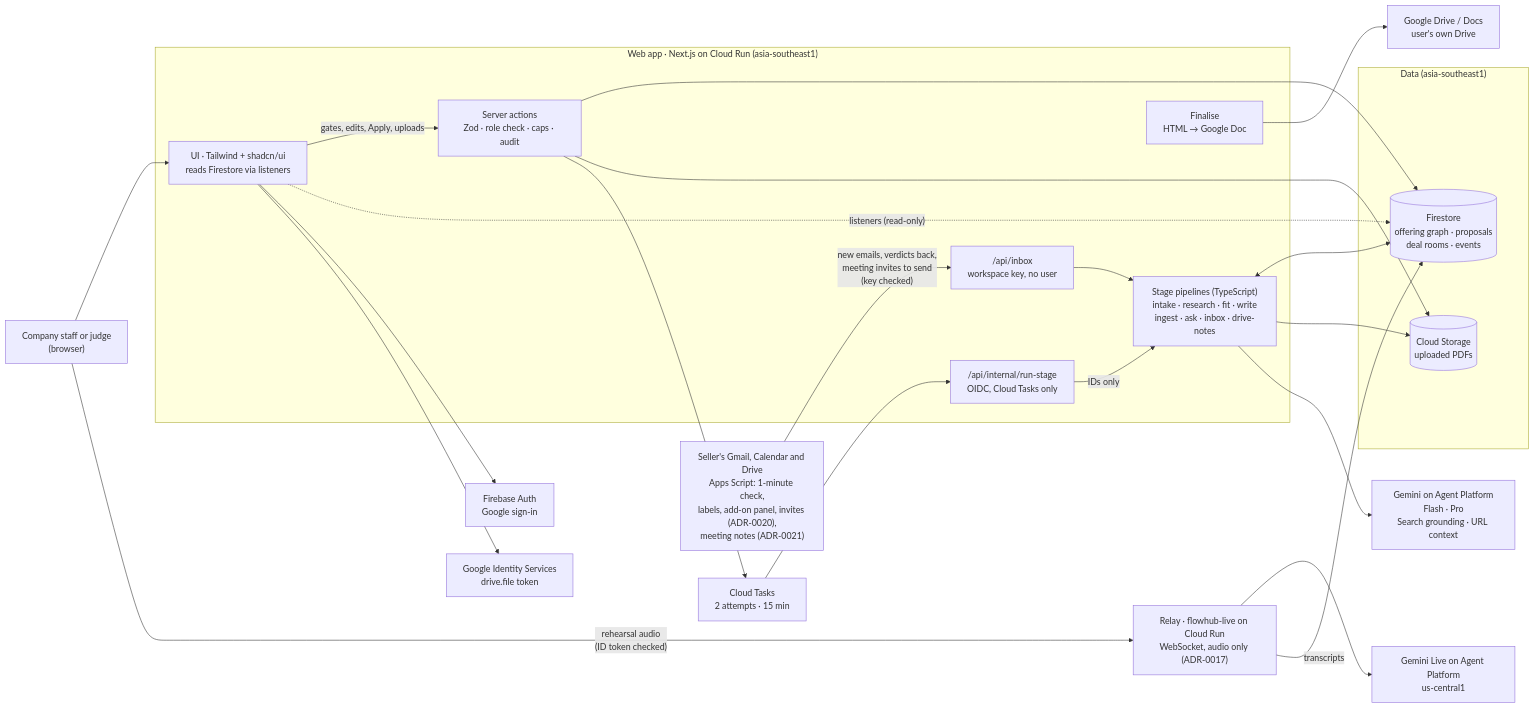
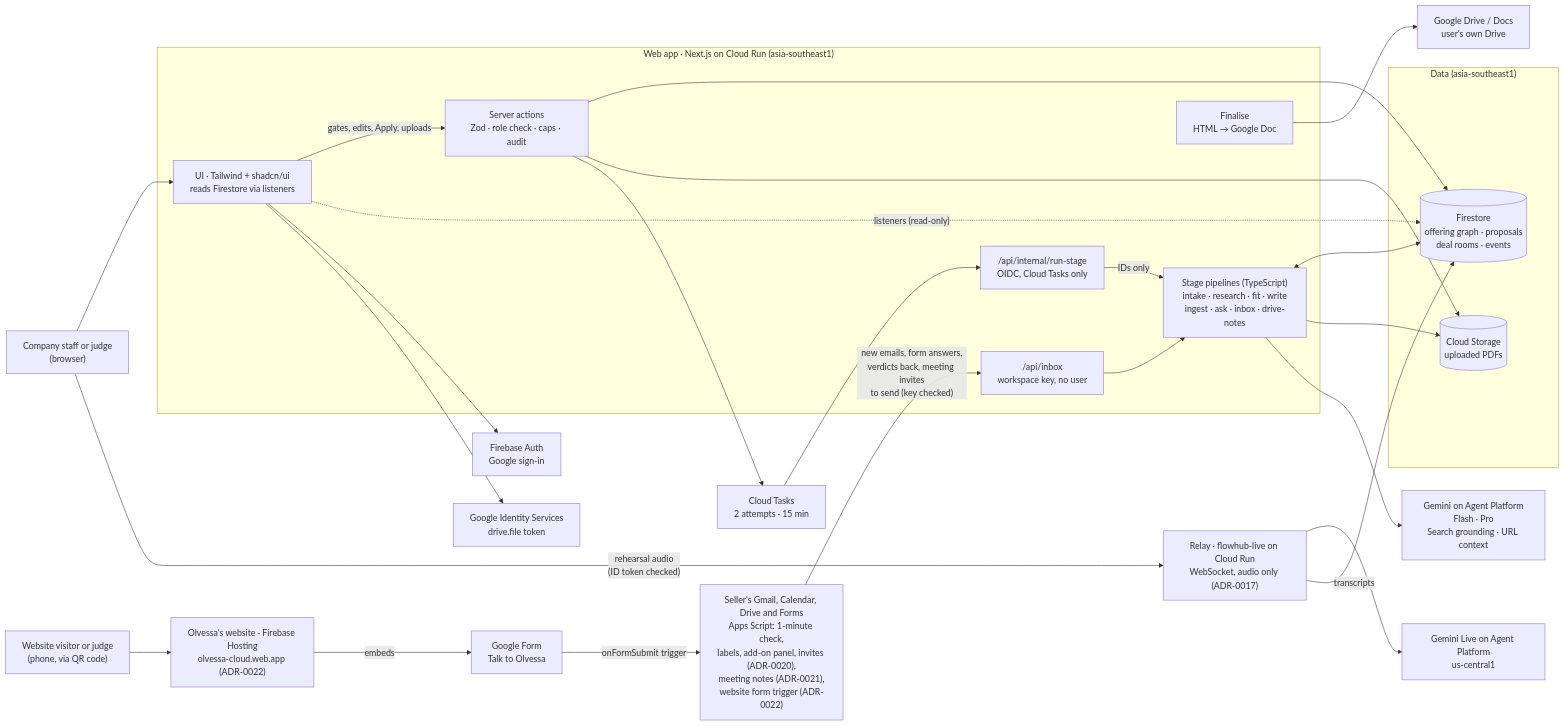
Before and after one commit to azmfrsdev/flowhub: the first of 2 diagrams in docs/architecture.md, drawn with Mermaid. The commit also changed other lines of this file and 39 other files, not shown here.

First line of the commit message:
Bring in leads from the website form, on a demo site for Olvessa (#10)

````diff
--- a/docs/architecture.md
+++ b/docs/architecture.md
@@ -20,47 +20,53 @@
 ```mermaid
 flowchart LR
   user["Company staff or judge<br/>(browser)"]
-  gmail["Seller's Gmail, Calendar and Drive<br/>Apps Script: 1-minute check,<br/>labels, add-on panel, invites (ADR-0020),<br/>meeting notes (ADR-0021)"]
+  gmail["Seller's Gmail, Calendar, Drive and Forms<br/>Apps Script: 1-minute check,<br/>labels, add-on panel, invites (ADR-0020),<br/>meeting notes (ADR-0021),<br/>website form trigger (ADR-0022)"]
+  visitor["Website visitor or judge<br/>(phone, via QR code)"]
+  site["Olvessa's website · Firebase Hosting<br/>olvessa-cloud.web.app (ADR-0022)"]
+  gform["Google Form<br/>Talk to Olvessa"]
 
   subgraph web["Web app · Next.js on Cloud Run (asia-southeast1)"]
     ui["UI · Tailwind + shadcn/ui<br/>reads Firestore via listeners"]
     actions["Server actions<br/>Zod · role check · caps · audit"]
     runroute["/api/internal/run-stage<br/>OIDC, Cloud Tasks only"]
     inboxroute["/api/inbox<br/>workspace key, no user"]
     pipelines["Stage pipelines (TypeScript)<br/>intake · research · fit · write<br/>ingest · ask · inbox · drive-notes"]
     finalise["Finalise<br/>HTML → Google Doc"]
   end
 
   subgraph data["Data (asia-southeast1)"]
     fs[("Firestore<br/>offering graph · proposals<br/>deal rooms · events")]
     gcs[("Cloud Storage<br/>uploaded PDFs")]
   end
 
   tasks["Cloud Tasks<br/>2 attempts · 15 min"]
   gemini["Gemini on Agent Platform<br/>Flash · Pro<br/>Search grounding · URL context"]
   auth["Firebase Auth<br/>Google sign-in"]
   gis["Google Identity Services<br/>drive.file token"]
   drive["Google Drive / Docs<br/>user's own Drive"]
   live["Relay · flowhub-live on Cloud Run<br/>WebSocket, audio only (ADR-0017)"]
   geminiLive["Gemini Live on Agent Platform<br/>us-central1"]
 
   user --> ui
   ui -- "gates, edits, Apply, uploads" --> actions
   ui -. "listeners (read-only)" .-> fs
   ui --> auth
   ui --> gis
   actions --> fs
   actions --> gcs
   actions --> tasks
   tasks --> runroute
   runroute -- "IDs only" --> pipelines
   pipelines <--> fs
   pipelines --> gcs
   pipelines --> gemini
   finalise --> drive
   user -- "rehearsal audio<br/>(ID token checked)" --> live
   live --> geminiLive
   live -- "transcripts" --> fs
-  gmail -- "new emails, verdicts back,<br/>meeting invites to send<br/>(key checked)" --> inboxroute
+  gmail -- "new emails, form answers,<br/>verdicts back, meeting invites<br/>to send (key checked)" --> inboxroute
+  visitor --> site
+  site -- "embeds" --> gform
+  gform -- "onFormSubmit trigger" --> gmail
   inboxroute --> pipelines
 ```
````
